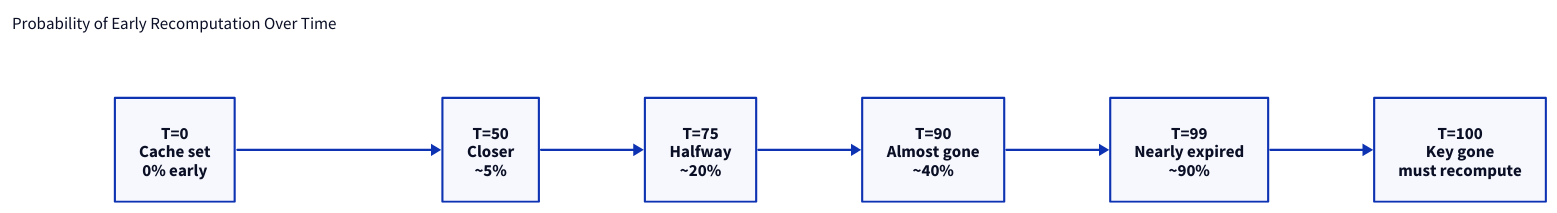
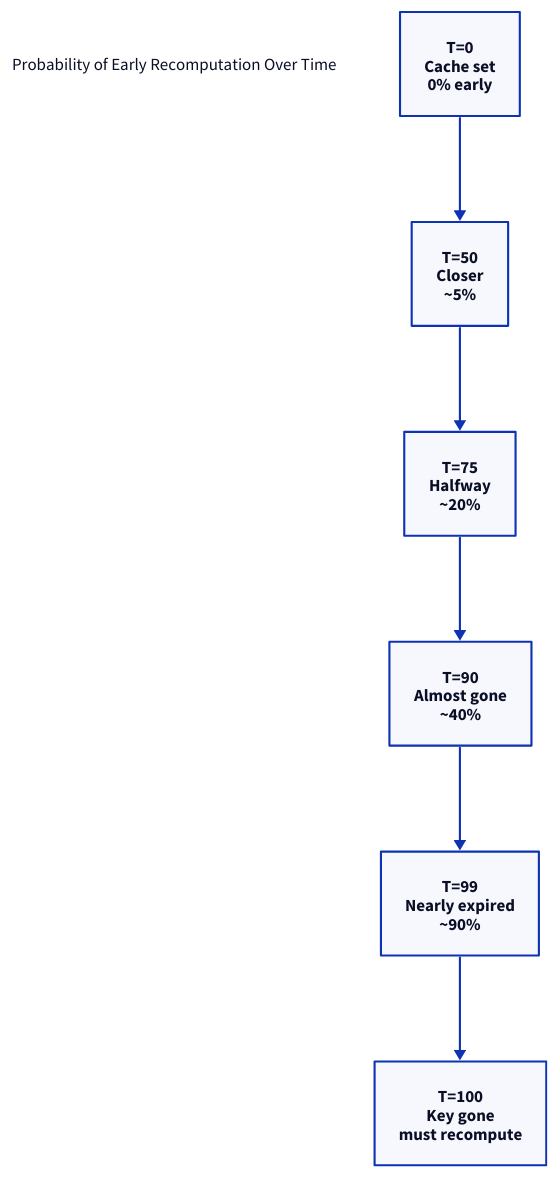
One commit to g-savitha/gsavitha.in changed the first of 5 diagrams in src/content/blog/caching-strategies.md. Above: the diagram before and after it, drawn with D2. The commit also changed 12 other files, not shown here.

First line of the commit message:
Fix D2 blog diagrams: Dark Mauve, sizing, containers, trust chart (#39)

````diff
--- a/src/content/blog/caching-strategies.md
+++ b/src/content/blog/caching-strategies.md
@@ -127,11 +127,11 @@
 ```d2
-direction: right
+direction: down
 heading: "Probability of Early Recomputation Over Time" {shape: text}
 t0: "T=0\nCache set\n0% early" {class: neutral}
 t50: "T=50\nCloser\n~5%" {class: secondary}
 t75: "T=75\nHalfway\n~20%" {class: violet}
 t90: "T=90\nAlmost gone\n~40%" {class: teal}
 t99: "T=99\nNearly expired\n~90%" {class: amber}
 t100: "T=100\nKey gone\nmust recompute" {class: severity3}
 t0 -> t50 -> t75 -> t90 -> t99 -> t100
 ```
````
